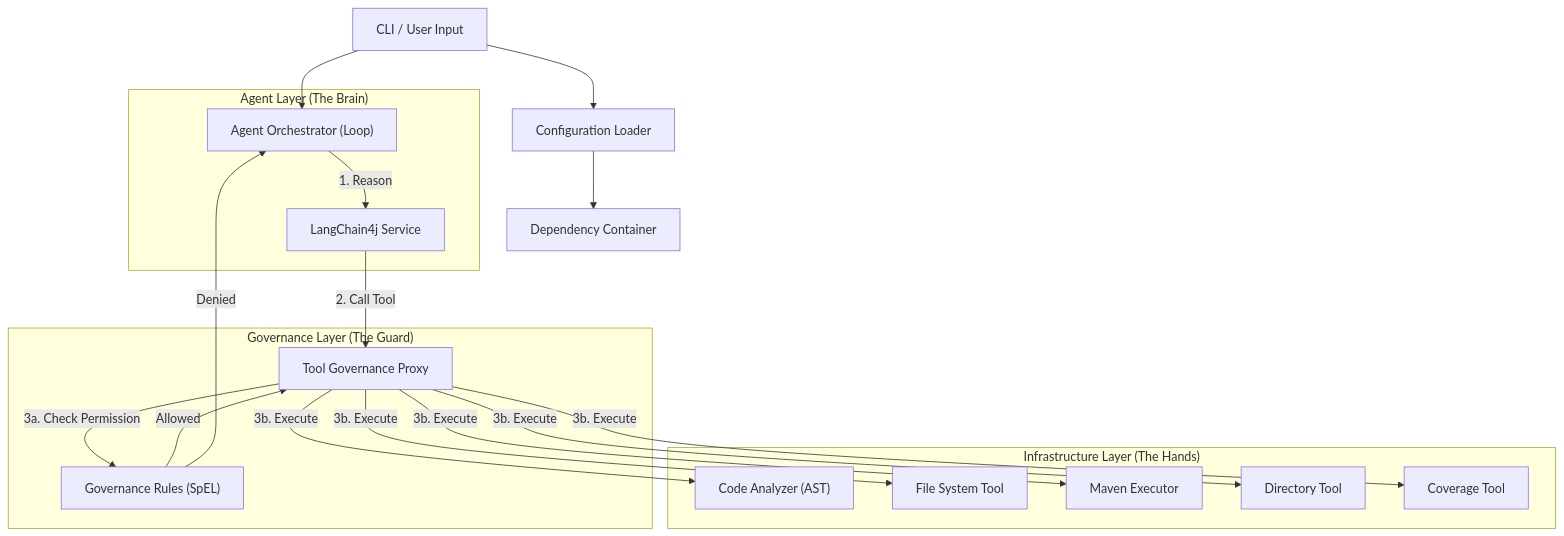
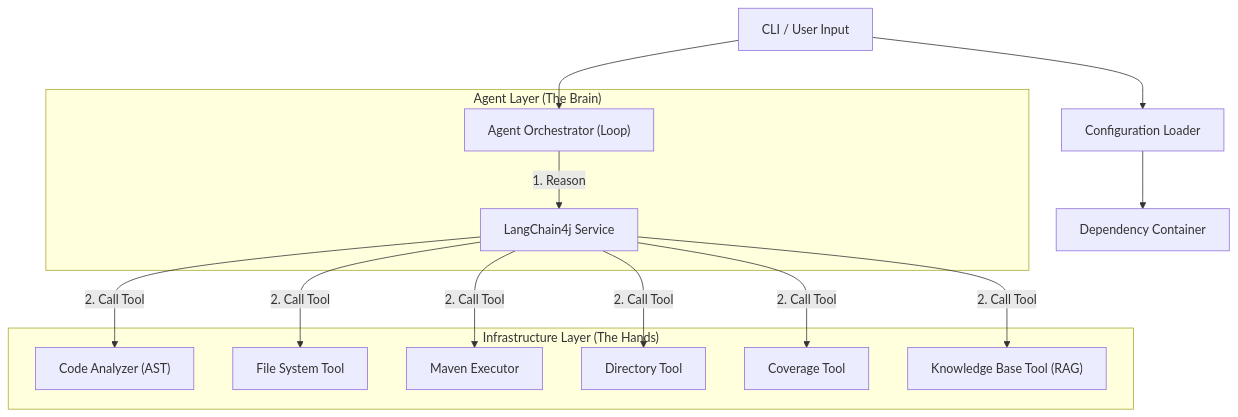
Before and after one commit to codelogickeep/unit-test-agent-4j: the diagram in README.md, drawn with Mermaid. The commit also changed other lines of this file and 8 other files, not shown here.

````diff
--- a/README.md
+++ b/README.md
@@ -108,39 +103,28 @@
 ```mermaid
 graph TD
     CLI[CLI / User Input] --> Config[Configuration Loader]
     Config --> Container[Dependency Container]
     
     subgraph "Agent Layer (The Brain)"
         Orchestrator["Agent Orchestrator (Loop)"]
         LLM["LangChain4j Service"]
     end
     
-    subgraph "Governance Layer (The Guard)"
-        Proxy["Tool Governance Proxy"]
-        Rules["Governance Rules (SpEL)"]
-    end
-    
     subgraph "Infrastructure Layer (The Hands)"
         Scanner["Code Analyzer (AST)"]
         Writer["File System Tool"]
         Runner["Maven Executor"]
         Dir["Directory Tool"]
         Coverage["Coverage Tool"]
+        KB["Knowledge Base Tool (RAG)"]
     end
     
     CLI --> Orchestrator
     Orchestrator -->|1. Reason| LLM
-    LLM -->|2. Call Tool| Proxy
-    
-    %% The Interception Logic
-    Proxy -->|3a. Check Permission| Rules
-    Rules --Allowed--> Proxy
-    Rules --Denied--> Orchestrator
-    
-    Proxy -->|3b. Execute| Scanner
-    Proxy -->|3b. Execute| Writer
-    Proxy -->|3b. Execute| Runner
-    Proxy -->|3b. Execute| Dir
-    Proxy -->|3b. Execute| Coverage
-
+    LLM -->|2. Call Tool| Scanner
+    LLM -->|2. Call Tool| Writer
+    LLM -->|2. Call Tool| Runner
+    LLM -->|2. Call Tool| Dir
+    LLM -->|2. Call Tool| Coverage
+    LLM -->|2. Call Tool| KB
 ```
````
